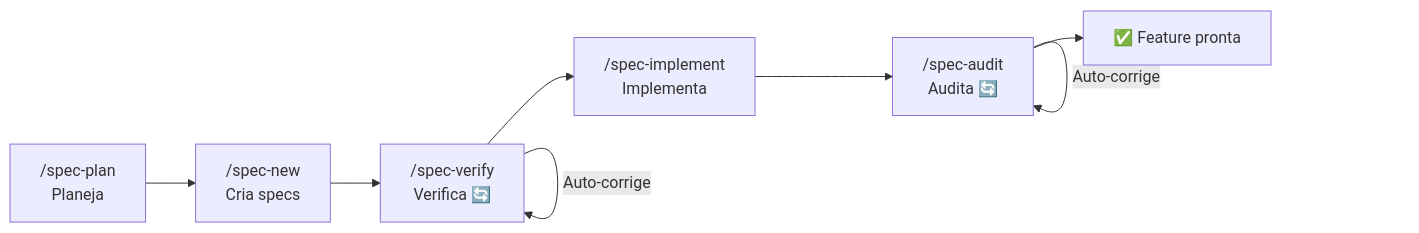
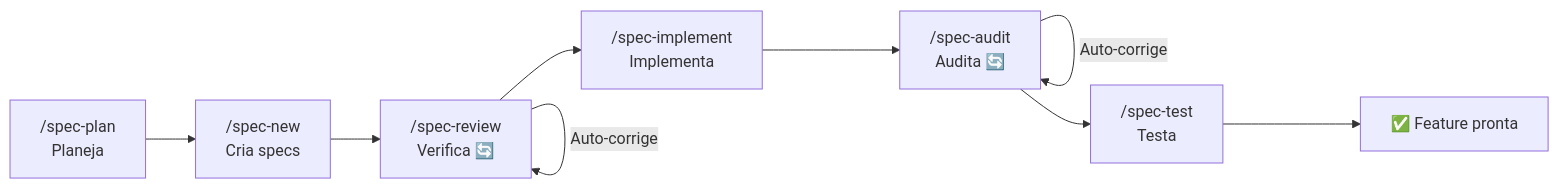
Before and after one commit to andrelncampos/dscode-public: the diagram in README.md, drawn with Mermaid. The commit also changed other lines of this file and 4 other files, not shown here.

````diff
--- a/README.md
+++ b/README.md
@@ -33,10 +33,11 @@
 ```mermaid
 flowchart LR
     P["/spec-plan<br/>Planeja"] --> N["/spec-new<br/>Cria specs"]
-    N --> V["/spec-verify<br/>Verifica 🔄"]
+    N --> V["/spec-review<br/>Verifica 🔄"]
     V -->|"Auto-corrige"| V
     V --> I["/spec-implement<br/>Implementa"]
     I --> A["/spec-audit<br/>Audita 🔄"]
     A -->|"Auto-corrige"| A
-    A --> D[✅ Feature pronta]
+    A --> T["/spec-test<br/>Testa"]
+    T --> D[✅ Feature pronta]
 ```
````
